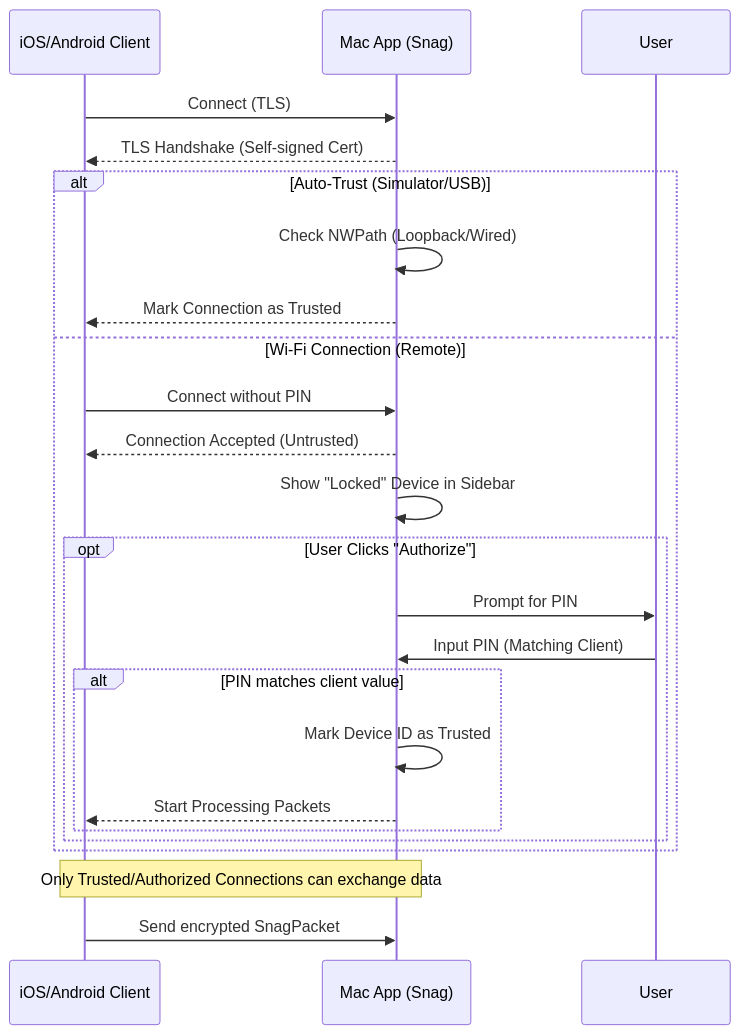
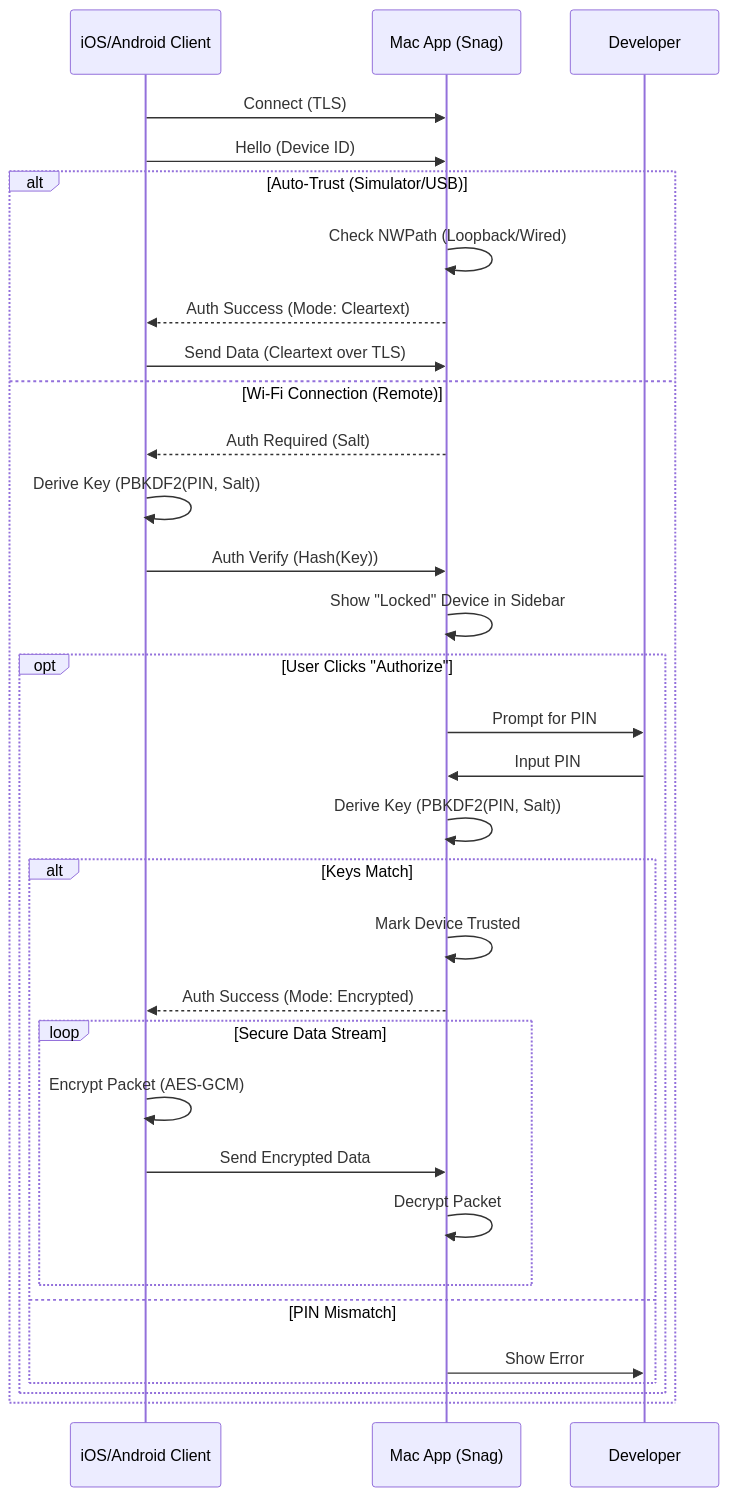
Before and after one commit to thanhcuong1990/Snag: the diagram in README.md, drawn with Mermaid. The commit also changed other lines of this file and 14 other files, not shown here.

Commit message:
feat: Implement double encryption (TLS + AES-GCM) and a new interactive security PIN handshake for device authorization.

````diff
--- a/README.md
+++ b/README.md
@@ -39,29 +39,39 @@
 ```mermaid
 sequenceDiagram
     participant Client as iOS/Android Client
     participant Server as Mac App (Snag)
+    participant User as Developer
 
     Client->>Server: Connect (TLS)
-    Server-->>Client: TLS Handshake (Self-signed Cert)
+    Client->>Server: Hello (Device ID)
 
     alt Auto-Trust (Simulator/USB)
         Server->>Server: Check NWPath (Loopback/Wired)
-        Server-->>Client: Mark Connection as Trusted
+        Server-->>Client: Auth Success (Mode: Cleartext)
+        Client->>Server: Send Data (Cleartext over TLS)
     else Wi-Fi Connection (Remote)
-        Client->>Server: Connect without PIN
-        Server-->>Client: Connection Accepted (Untrusted)
+        Server-->>Client: Auth Required (Salt)
+        Client->>Client: Derive Key (PBKDF2(PIN, Salt))
+        Client->>Server: Auth Verify (Hash(Key))
+
         Server->>Server: Show "Locked" Device in Sidebar
 
         opt User Clicks "Authorize"
             Server->>User: Prompt for PIN
-            User->>Server: Input PIN (Matching Client)
-            alt PIN matches client value
-                Server->>Server: Mark Device ID as Trusted
-                Server-->>Client: Start Processing Packets
+            User->>Server: Input PIN
+            Server->>Server: Derive Key (PBKDF2(PIN, Salt))
+
+            alt Keys Match
+                Server->>Server: Mark Device Trusted
+                Server-->>Client: Auth Success (Mode: Encrypted)
+                loop Secure Data Stream
+                    Client->>Client: Encrypt Packet (AES-GCM)
+                    Client->>Server: Send Encrypted Data
+                    Server->>Server: Decrypt Packet
+                end
+            else PIN Mismatch
+                 Server->>User: Show Error
             end
         end
     end
-
-    Note over Client,Server: Only Trusted/Authorized Connections can exchange data
-    Client->>Server: Send encrypted SnagPacket
 ```
````
